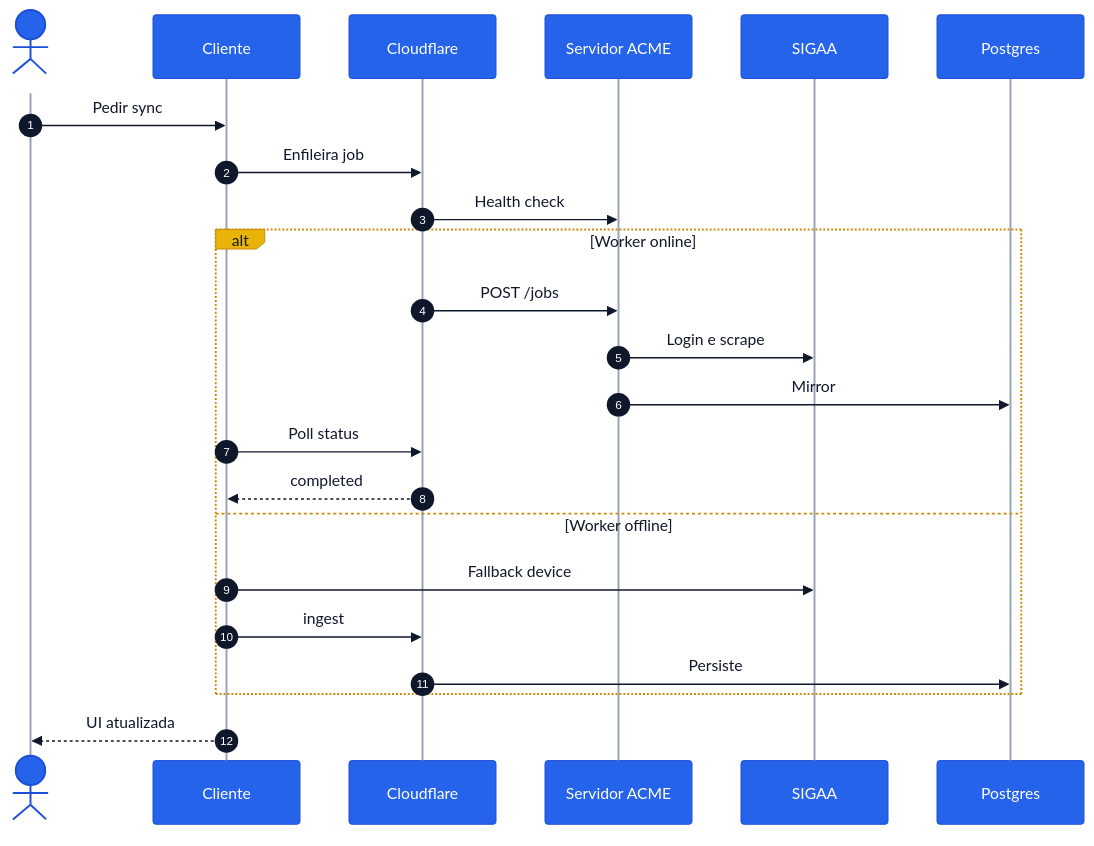
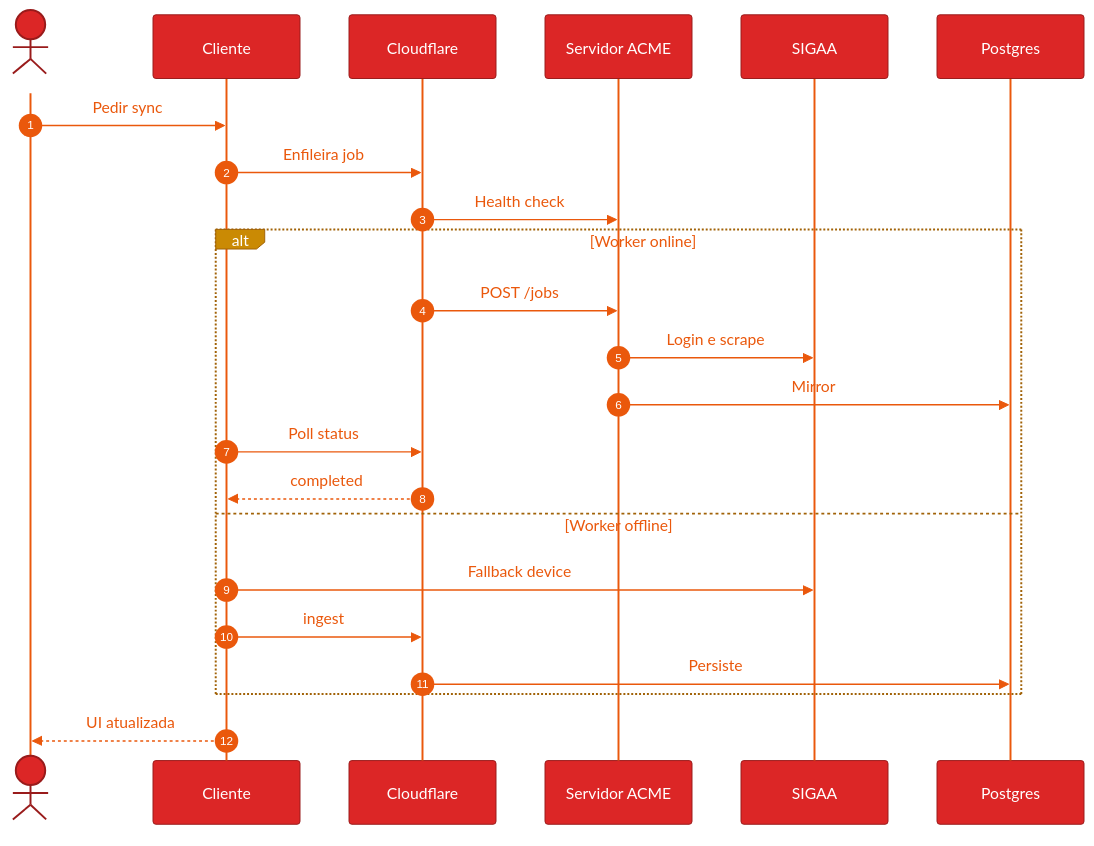
Before and after one commit to KairoHenrique/CEFET-Academic-Planner: the second of 5 diagrams in README.md, drawn with Mermaid. The commit also changed other lines of this file, not shown here.

Commit message:
docs: Mermaid vermelho/laranja no lugar de azul para contraste no GitHub

````diff
--- a/README.md
+++ b/README.md
@@ -165,29 +165,29 @@
 ```mermaid
-%%{init: {"theme": "base", "themeVariables": {"actorBkg": "#2563EB", "actorTextColor": "#FFFFFF", "actorBorder": "#1D4ED8", "actorLineColor": "#94A3B8", "signalColor": "#0F172A", "signalTextColor": "#0F172A", "labelBoxBkgColor": "#EAB308", "labelBoxBorderColor": "#CA8A04", "labelTextColor": "#111827", "loopTextColor": "#0F172A", "activationBkgColor": "#FDBA74", "activationBorderColor": "#EA580C", "sequenceNumberColor": "#FFFFFF", "noteBkgColor": "#FEF3C7", "noteTextColor": "#111827", "noteBorderColor": "#EAB308"}}}%%
+%%{init: {"theme": "base", "themeVariables": {"actorBkg": "#DC2626", "actorTextColor": "#FFFFFF", "actorBorder": "#991B1B", "actorLineColor": "#EA580C", "signalColor": "#EA580C", "signalTextColor": "#EA580C", "labelBoxBkgColor": "#CA8A04", "labelBoxBorderColor": "#A16207", "labelTextColor": "#FFFFFF", "loopTextColor": "#EA580C", "activationBkgColor": "#FB923C", "activationBorderColor": "#C2410C", "sequenceNumberColor": "#FFFFFF", "noteBkgColor": "#CA8A04", "noteTextColor": "#FFFFFF", "noteBorderColor": "#A16207"}}}%%
 sequenceDiagram
   autonumber
   actor Aluno
   participant App as Cliente
   participant API as Cloudflare
   participant Worker as Servidor ACME
   participant SIGAA
   participant DB as Postgres
 
   Aluno->>App: Pedir sync
   App->>API: Enfileira job
   API->>Worker: Health check
 
   alt Worker online
     API->>Worker: POST /jobs
     Worker->>SIGAA: Login e scrape
     Worker->>DB: Mirror
     App->>API: Poll status
     API-->>App: completed
   else Worker offline
     App->>SIGAA: Fallback device
     App->>API: ingest
     API->>DB: Persiste
   end
 
   App-->>Aluno: UI atualizada
 ```
````
